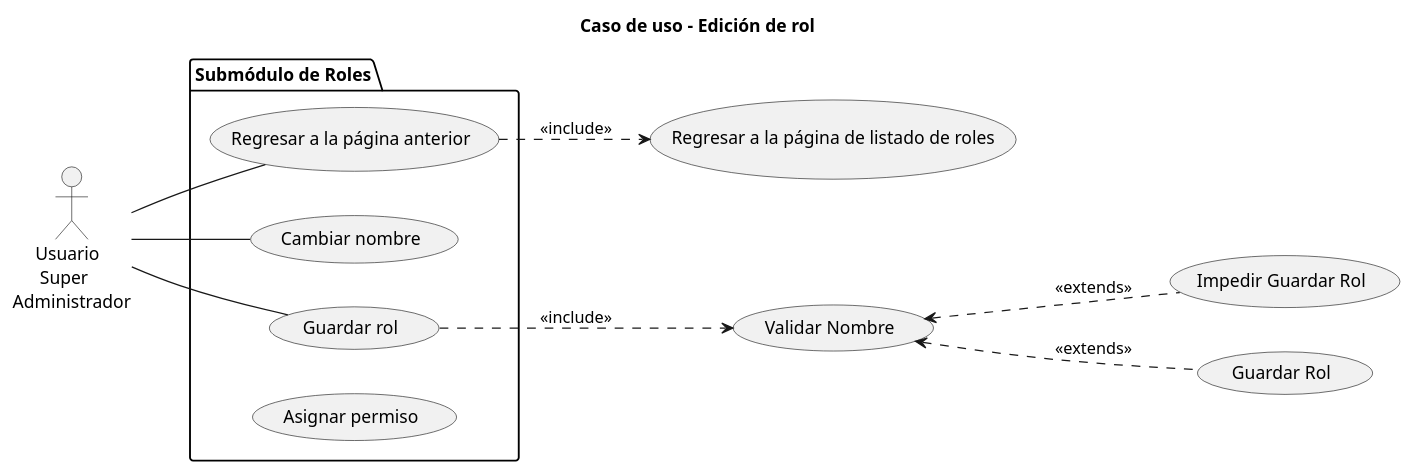
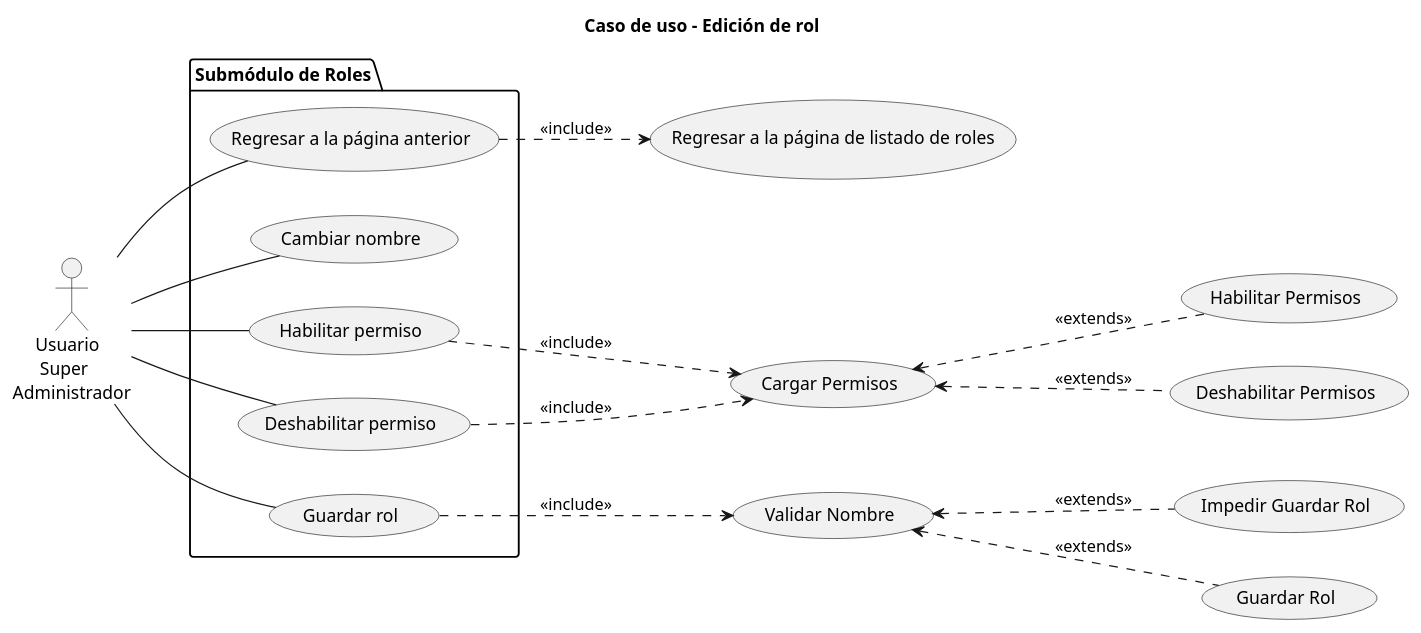
The diagram in docs/Use Cases - Rev 1/CU - 4.2 - Edición de Rol.plantuml (JuanVicGT/Responsabilidades), drawn with PlantUML before and after one commit. The commit also changed 50 other files, not shown here.

Commit message:
[📝update] Actualización de diagramas - caso de uso de creación de usuario - otros progreso aún

```diff
--- a/docs/Use Cases - Rev 1/CU - 4.2 - Edición de Rol.plantuml
+++ b/docs/Use Cases - Rev 1/CU - 4.2 - Edición de Rol.plantuml
@@ -1,35 +1,47 @@
 @startuml "CU - 4.2 - Edición de Rol"
 
 left to right direction
 
 '======== Título ========'
 title "Caso de uso - Edición de rol"
 
 /' === Sección de actores === '/
 actor "     Usuario\n      Super\nAdministrador" as sadmin
 
 /' === Sección de elementos === '/
 package "Submódulo de Roles" {
     usecase "Regresar a la página anterior" as _return
     usecase "Cambiar nombre" as _write_name
+    usecase "Habilitar permiso" as _enable_permission
+    usecase "Deshabilitar permiso" as _disable_permission
+
     usecase "Guardar rol" as _save
-
-    usecase "Asignar permiso" as _assign_permission
 }
 
 (Regresar a la página de listado de roles) as return
 (Validar Nombre) as validate
 (Impedir Guardar Rol) as denegate_save
 (Guardar Rol) as save
 
+(Cargar Permisos) as load_permissions
+(Habilitar Permisos) as enable_permission
+(Deshabilitar Permisos) as disable_permission
+
 /' === Sección de Relaciones === '/
 sadmin -- _return
 sadmin -- _write_name
 sadmin -- _save
+sadmin -- _enable_permission
+sadmin -- _disable_permission
 
 _return ..> return : <<include>>
 _save ..> validate : <<include>>
 validate <.. denegate_save : <<extends>>
 validate <.. save : <<extends>>
 
+_enable_permission ..> load_permissions : <<include>>
+_disable_permission ..> load_permissions : <<include>>
+load_permissions <.. enable_permission : <<extends>>
+load_permissions <.. disable_permission : <<extends>>
+
 @enduml
```
